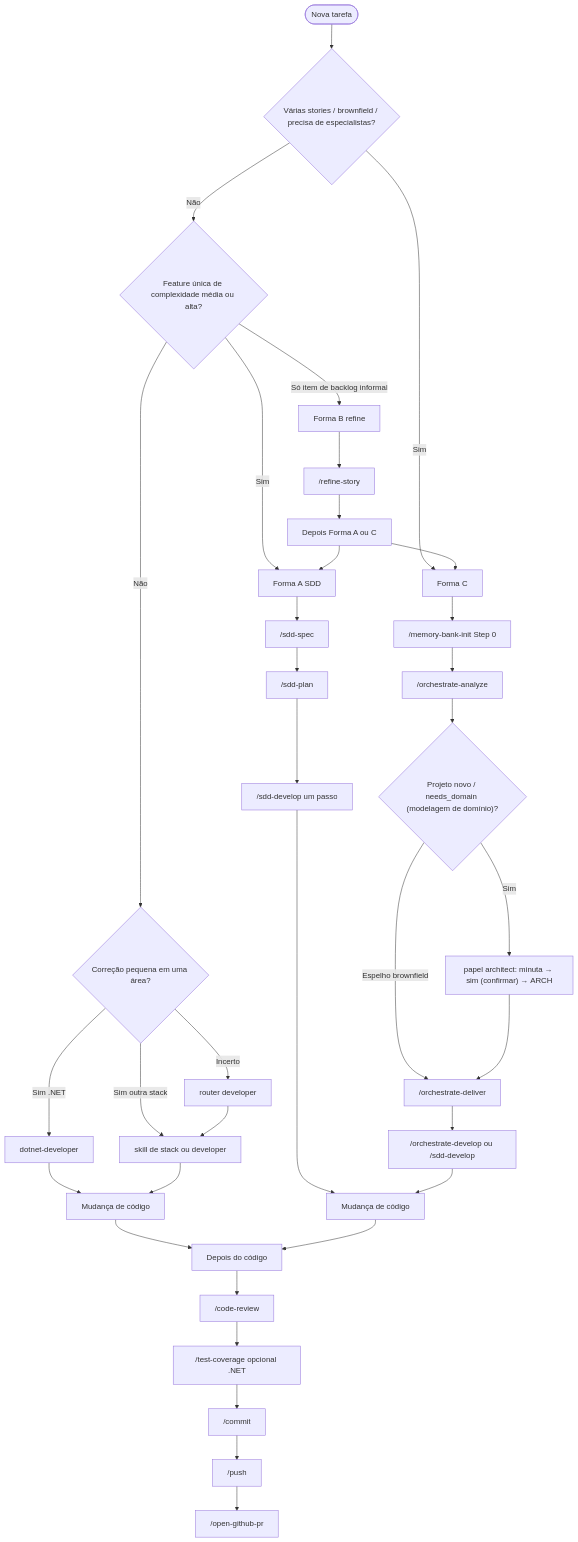
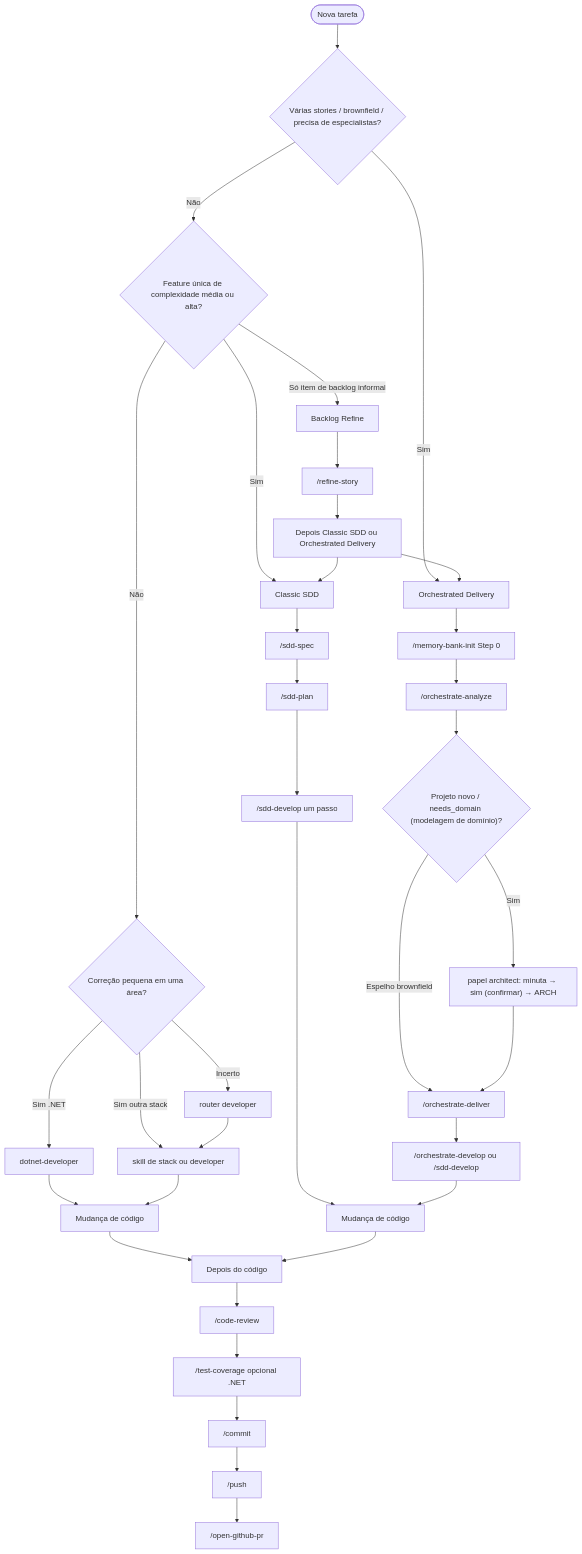
The diagram in docs-site/using-skills.pt.md (tibursocampos/agent-dev-toolkit), drawn with Mermaid before and after one commit. The commit also changed other lines of this file and 113 other files, not shown here.

````diff
--- a/docs-site/using-skills.pt.md
+++ b/docs-site/using-skills.pt.md
@@ -41,38 +41,38 @@
 ```mermaid
 flowchart TD
   Start([Nova tarefa]) --> Q1{Várias stories / brownfield / precisa de especialistas?}
-  Q1 -->|Sim| FC[Forma C]
+  Q1 -->|Sim| FC[Orchestrated Delivery]
   Q1 -->|Não| Q2{Feature única de complexidade média ou alta?}
-  Q2 -->|Sim| SDD[Forma A SDD]
-  Q2 -->|Só item de backlog informal| FB[Forma B refine]
+  Q2 -->|Sim| SDD[Classic SDD]
+  Q2 -->|Só item de backlog informal| FB[Backlog Refine]
   Q2 -->|Não| Q3{Correção pequena em uma área?}
   Q3 -->|Sim .NET| NET[dotnet-developer]
   Q3 -->|Sim outra stack| STACK[skill de stack ou developer]
   Q3 -->|Incerto| DEV[router developer]
   FC --> S0["/memory-bank-init Step 0"]
   S0 --> O1["/orchestrate-analyze"]
   O1 --> ArchGate{"Projeto novo / needs_domain (modelagem de domínio)?"}
   ArchGate -->|Sim| Confirm["papel architect: minuta → sim (confirmar) → ARCH"]
   ArchGate -->|Espelho brownfield| O2
   Confirm --> O2["/orchestrate-deliver"]
   O2 --> O3["/orchestrate-develop ou /sdd-develop"]
   FB --> Refine["/refine-story"]
-  Refine --> AorC[Depois Forma A ou C]
+  Refine --> AorC[Depois Classic SDD ou Orchestrated Delivery]
   SDD --> Spec["/sdd-spec"]
   Spec --> Plan["/sdd-plan"]
   Plan --> Impl["/sdd-develop um passo"]
   NET --> DoneNet[Mudança de código]
   STACK --> DoneNet
   DEV --> STACK
   Impl --> DoneSdd[Mudança de código]
   O3 --> DoneSdd
   AorC --> SDD
   AorC --> FC
   DoneNet --> Post
   DoneSdd --> Post
   Post[Depois do código] --> CR["/code-review"]
   CR --> TC["/test-coverage opcional .NET"]
   TC --> Commit["/commit"]
   Commit --> Push["/push"]
   Push --> PR["/open-github-pr"]
 ```
````
